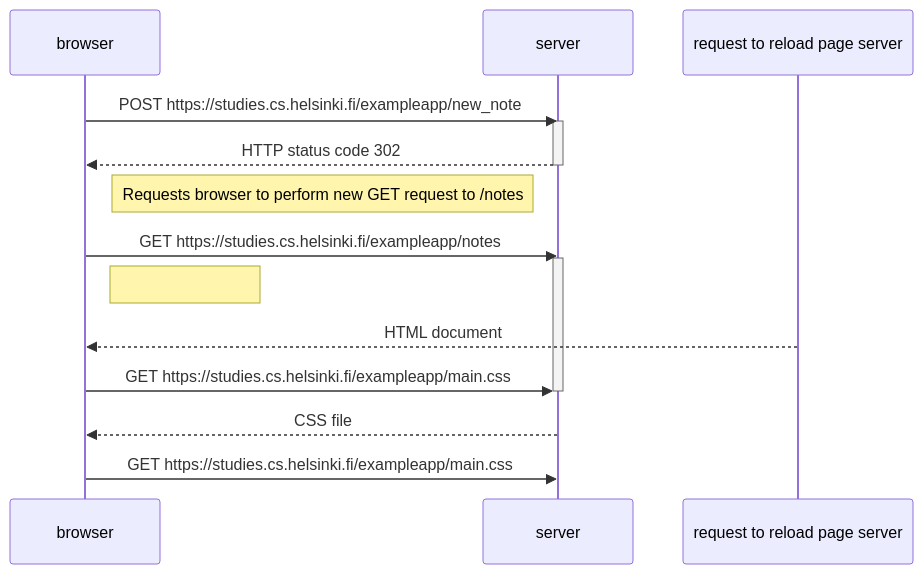
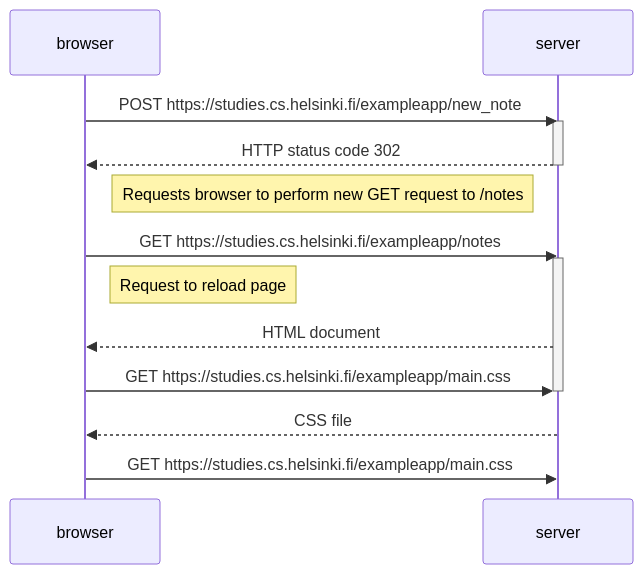
The diagram in part0/0.4/sequence.md (jmjstone/full-stack-open), drawn with Mermaid before and after one commit.

Commit message:
issue was with newline after declaring note

````diff
--- a/part0/0.4/sequence.md
+++ b/part0/0.4/sequence.md
@@ -3,18 +3,18 @@
 ```mermaid
 sequenceDiagram
     participant browser
     participant server
     browser->>server: POST https://studies.cs.helsinki.fi/exampleapp/new_note
     activate server
     server-->>browser: HTTP status code 302
     deactivate server
     Note left of server: Requests browser to perform new GET request to /notes
     browser->>server: GET https://studies.cs.helsinki.fi/exampleapp/notes
     activate server
-    Note right of browser:
-    request to reload page server-->>browser: HTML document
+    Note right of browser: Request to reload page
+    server-->>browser: HTML document
     browser->>server: GET https://studies.cs.helsinki.fi/exampleapp/main.css
     deactivate server
     server-->>browser: CSS file
     browser->>server: GET https://studies.cs.helsinki.fi/exampleapp/main.css
 ```
````
